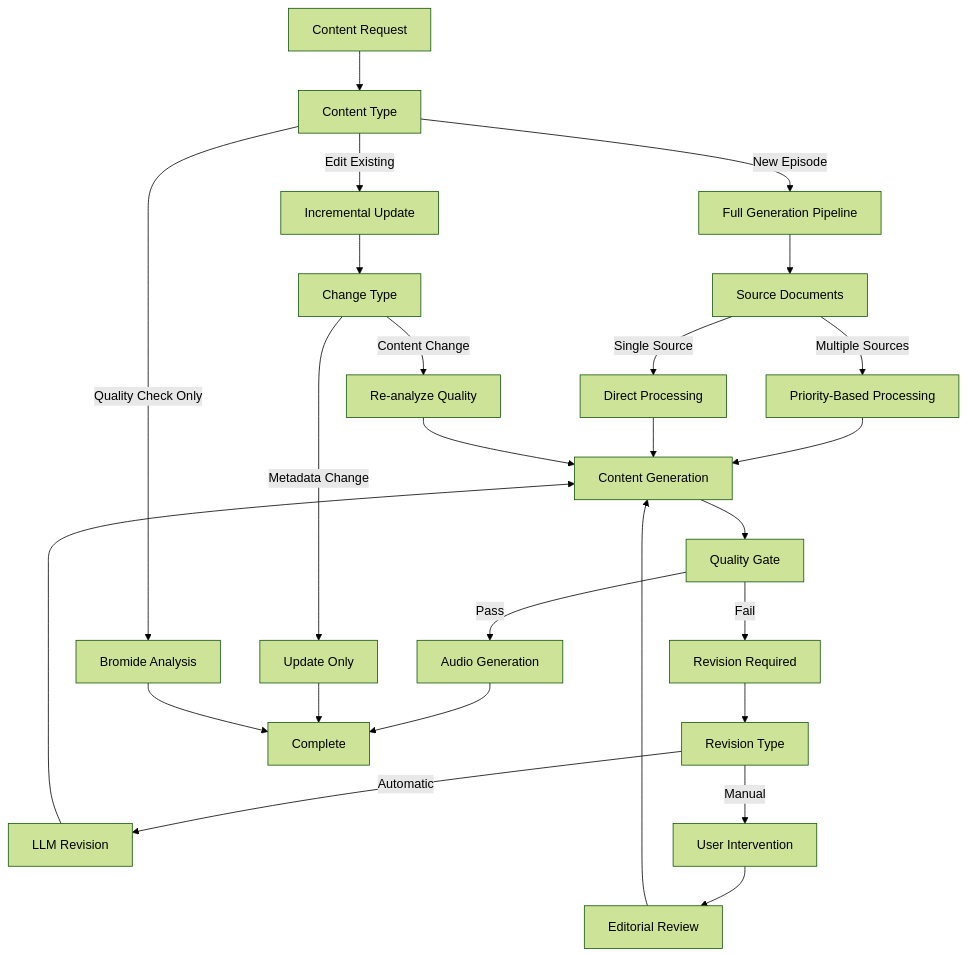
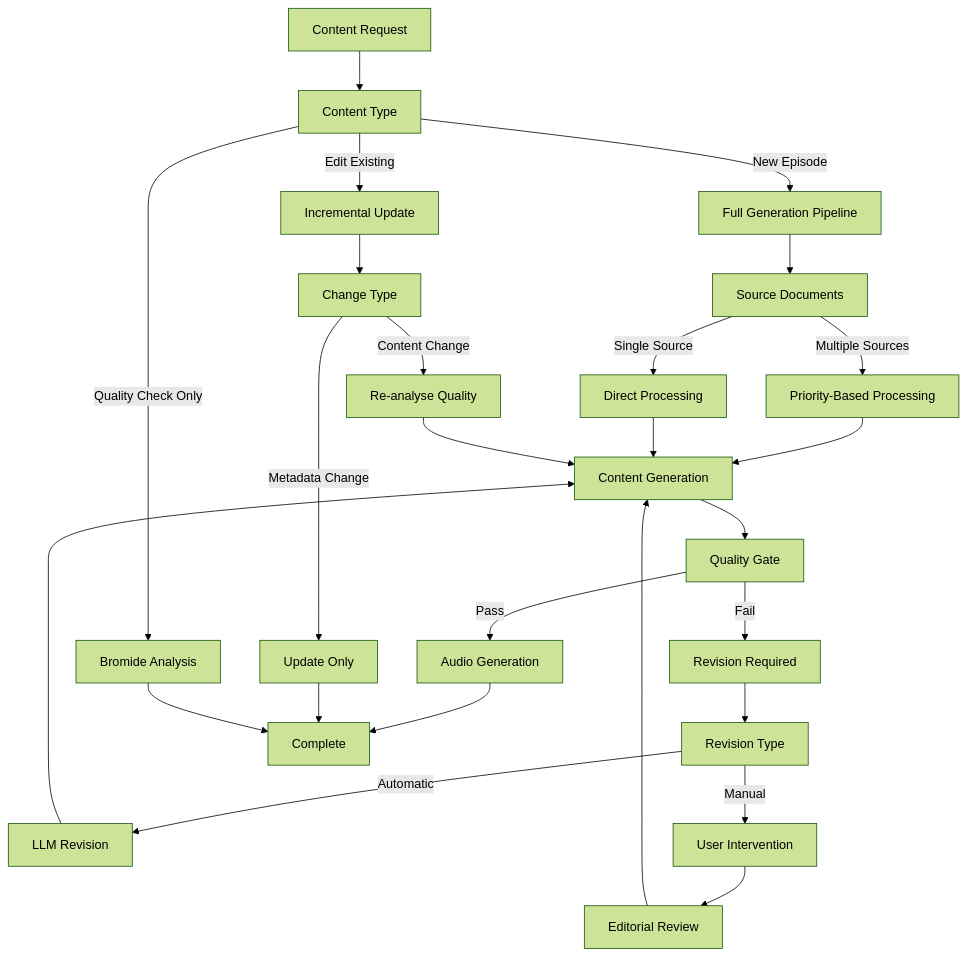
Before and after one commit to leynos/episodic: the second of 9 diagrams in docs/episodic-podcast-generation-system-design.md, drawn with Mermaid (forest theme). The commit also changed other lines of this file and 9 other files, not shown here.

````diff
--- a/docs/episodic-podcast-generation-system-design.md
+++ b/docs/episodic-podcast-generation-system-design.md
@@ -286,48 +366,48 @@
 ```mermaid
 flowchart TD
     A["Content Request"]
     B["Content Type"]
     C["Full Generation Pipeline"]
     D["Incremental Update"]
     E["Bromide Analysis"]
     F["Source Documents"]
     G["Priority-Based Processing"]
     H["Direct Processing"]
     I["Change Type"]
-    J["Re-analyze Quality"]
+    J["Re-analyse Quality"]
     K["Update Only"]
     L["Content Generation"]
     M["Quality Gate"]
     N["Audio Generation"]
     O["Revision Required"]
     P["Revision Type"]
     Q["LLM Revision"]
     R["User Intervention"]
     S["Editorial Review"]
     T["Complete"]
     A --> B
     B -- New Episode --> C
     B -- Edit Existing --> D
     B -- Quality Check Only --> E
     C --> F
     F -- Multiple Sources --> G
     F -- Single Source --> H
     D --> I
     I -- Content Change --> J
     I -- Metadata Change --> K
     G --> L
     H --> L
     J --> L
     L --> M
     M -- Pass --> N
     M -- Fail --> O
     O --> P
     P -- Automatic --> Q
     P -- Manual --> R
     Q --> L
     R --> S
     S --> L
     N --> T
     K --> T
     E --> T
 ```
````
